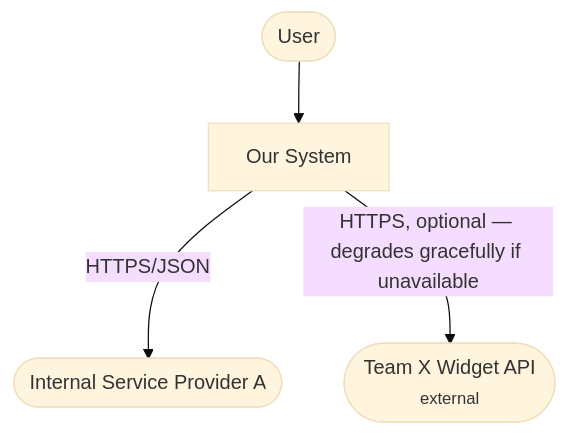
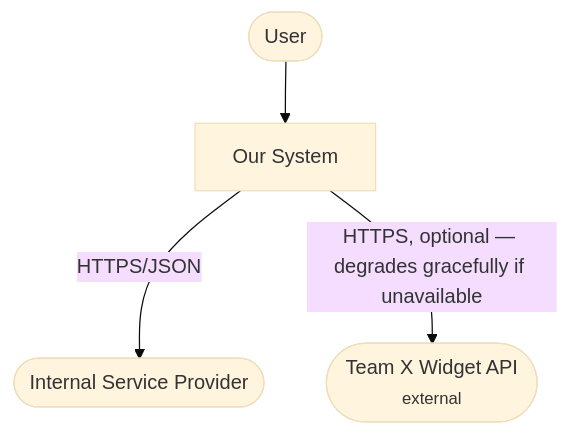
One commit to tobiasbernting/architecture-skill changed the first of 3 diagrams in architecture-grill/C4-FORMAT.md. Above: the diagram before and after it, drawn with Mermaid (base theme). The commit also changed other lines of this file and 2 other files, not shown here.

````diff
--- a/architecture-grill/C4-FORMAT.md
+++ b/architecture-grill/C4-FORMAT.md
@@ -22,11 +25,11 @@
 ```mermaid
 flowchart TD
   user(["User"])
   ourSystem["Our System"]
-  provider1(["Internal Service Provider A"])
-  provider2(["Team X Widget API<br/><small>external</small>"])
+  provider(["Internal Service Provider"])
+  widget(["Team X Widget API<br/><small>external</small>"])
 
   user --> ourSystem
-  ourSystem -->|HTTPS/JSON| provider1
-  ourSystem -->|"HTTPS, optional — degrades gracefully if unavailable"| provider2
+  ourSystem -->|HTTPS/JSON| provider
+  ourSystem -->|"HTTPS, optional — degrades gracefully if unavailable"| widget
 ```
````
